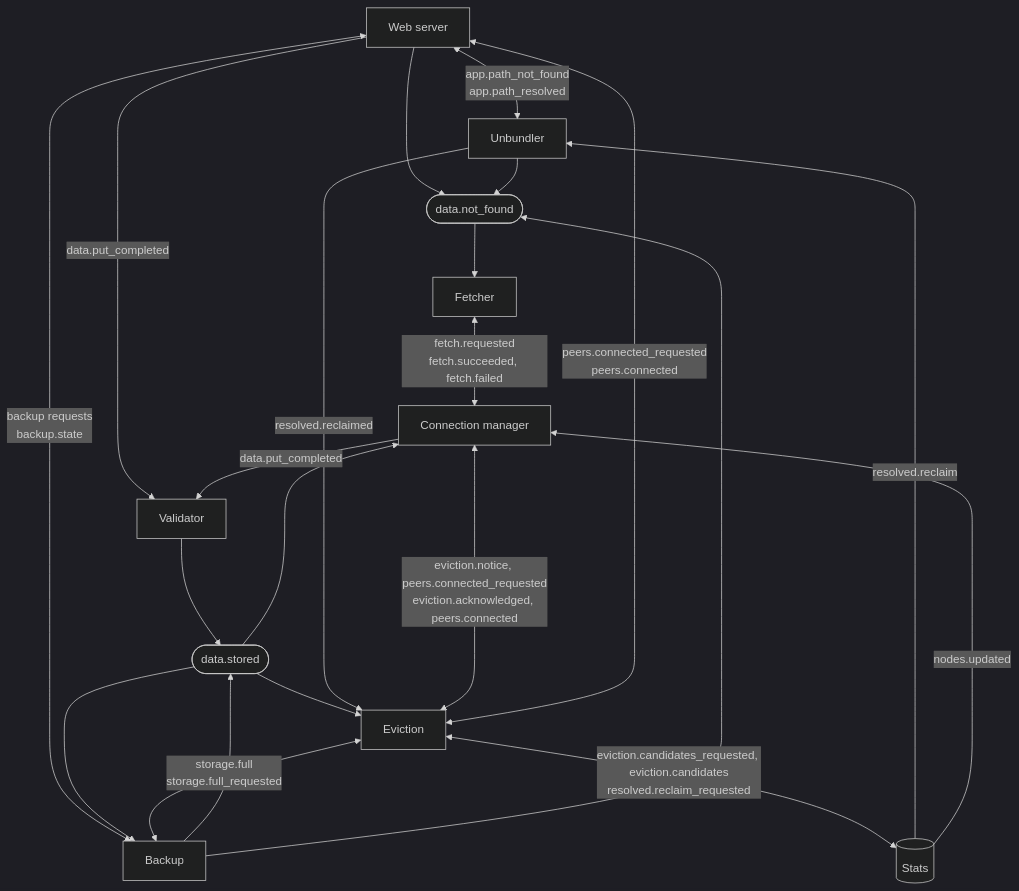
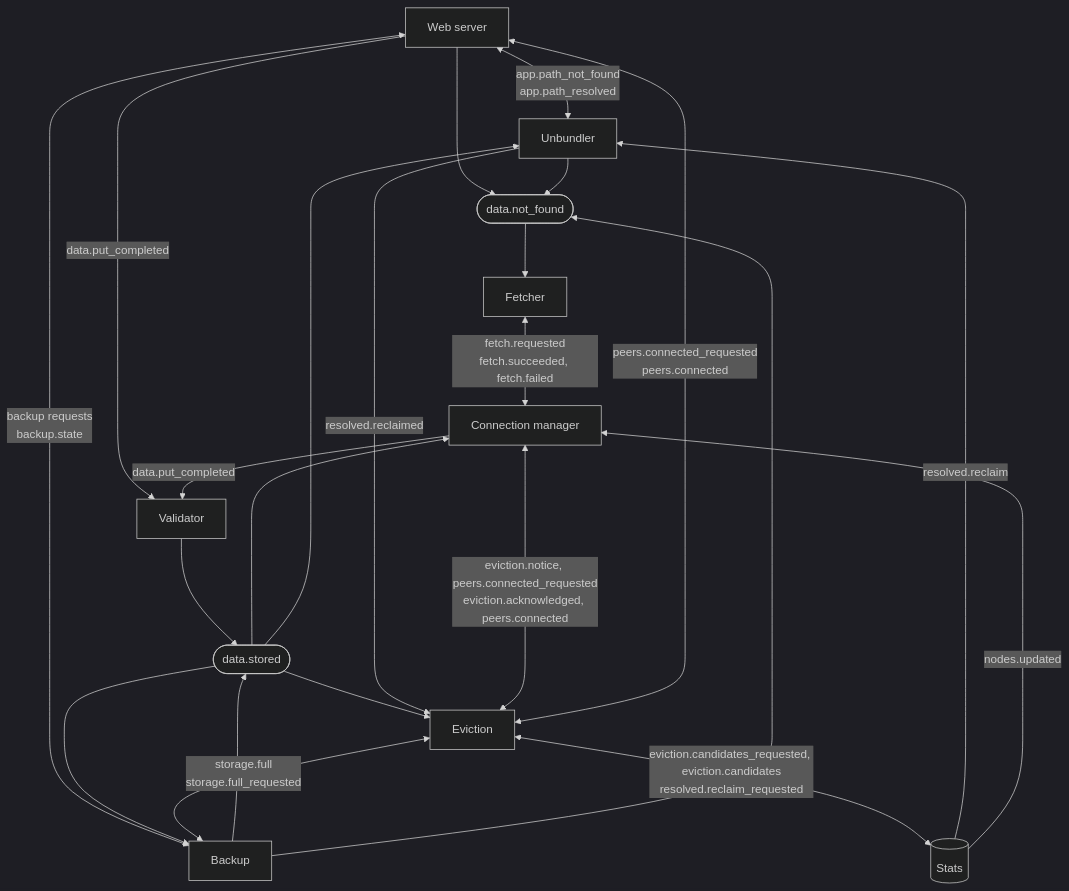
The eighth of 13 diagrams in docs/implementation/Module System.md (marcpage/libranet), drawn with Mermaid (dark theme) before and after one commit. The commit also changed other lines of this file and 16 other files, not shown here.

````diff
--- a/docs/implementation/Module System.md
+++ b/docs/implementation/Module System.md
@@ -930,35 +936,36 @@
 ```mermaid
 flowchart TB
     web["Web server"]
     unb["Unbundler"]
     backup["Backup"]
     val["Validator"]
     fetch["Fetcher"]
     conn["Connection manager"]
     evict["Eviction"]
     stats[("Stats")]
     stored(["data.stored"])
     missing(["data.not_found"])
 
     web <-->|"app.path_not_found<br/>app.path_resolved"| unb
     web <-->|"backup requests<br/>backup.state"| backup
     web -->|"data.put_completed"| val
     conn -->|"data.put_completed"| val
     val --> stored
     backup --> stored
     stored --> conn
     stored --> evict
     stored --> backup
+    stored --> unb
     web --> missing
     unb --> missing
     backup --> missing
     missing --> fetch
     fetch <-->|"fetch.requested<br/>fetch.succeeded, fetch.failed"| conn
     evict <-->|"eviction.notice, peers.connected_requested<br/>eviction.acknowledged, peers.connected"| conn
     evict <-->|"peers.connected_requested<br/>peers.connected"| web
     evict <-->|"storage.full<br/>storage.full_requested"| backup
     evict <-->|"eviction.candidates_requested, eviction.candidates<br/>resolved.reclaim_requested"| stats
     stats -->|"resolved.reclaim"| unb
     unb -->|"resolved.reclaimed"| evict
     stats -->|"nodes.updated"| conn
 ```
````
